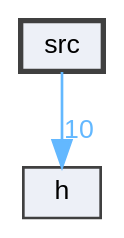
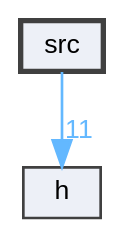
The diagram in dir_68267d1309a1af8e8297ef4c3efbcdba_dep.dot (ekmett/ein), drawn with Graphviz before and after one commit. The commit also changed 212 other files, not shown here.

```diff
--- a/dir_68267d1309a1af8e8297ef4c3efbcdba_dep.dot
+++ b/dir_68267d1309a1af8e8297ef4c3efbcdba_dep.dot
@@ -1,12 +1,12 @@
 digraph "src"
 {
  // INTERACTIVE_SVG=YES
  // LATEX_PDF_SIZE
   bgcolor="transparent";
   edge [fontname=Helvetica,fontsize=10,labelfontname=Helvetica,labelfontsize=10];
   node [fontname=Helvetica,fontsize=10,shape=box,height=0.2,width=0.4];
   compound=true
   dir_68267d1309a1af8e8297ef4c3efbcdba [label="src", fillcolor="#edf0f7", color="grey25", style="filled,bold", URL="dir_68267d1309a1af8e8297ef4c3efbcdba.html",tooltip="C++ source files."];
   dir_16883824a3a04b1a87f846f11415f5e2 [label="h", fillcolor="#edf0f7", color="grey25", style="filled", URL="dir_16883824a3a04b1a87f846f11415f5e2.html",tooltip="C++ headers."];
-  dir_68267d1309a1af8e8297ef4c3efbcdba->dir_16883824a3a04b1a87f846f11415f5e2 [headlabel="10", labeldistance=1.5 headhref="dir_000002_000000.html" href="dir_000002_000000.html" color="steelblue1" fontcolor="steelblue1"];
+  dir_68267d1309a1af8e8297ef4c3efbcdba->dir_16883824a3a04b1a87f846f11415f5e2 [headlabel="11", labeldistance=1.5 headhref="dir_000002_000000.html" href="dir_000002_000000.html" color="steelblue1" fontcolor="steelblue1"];
 }
```
